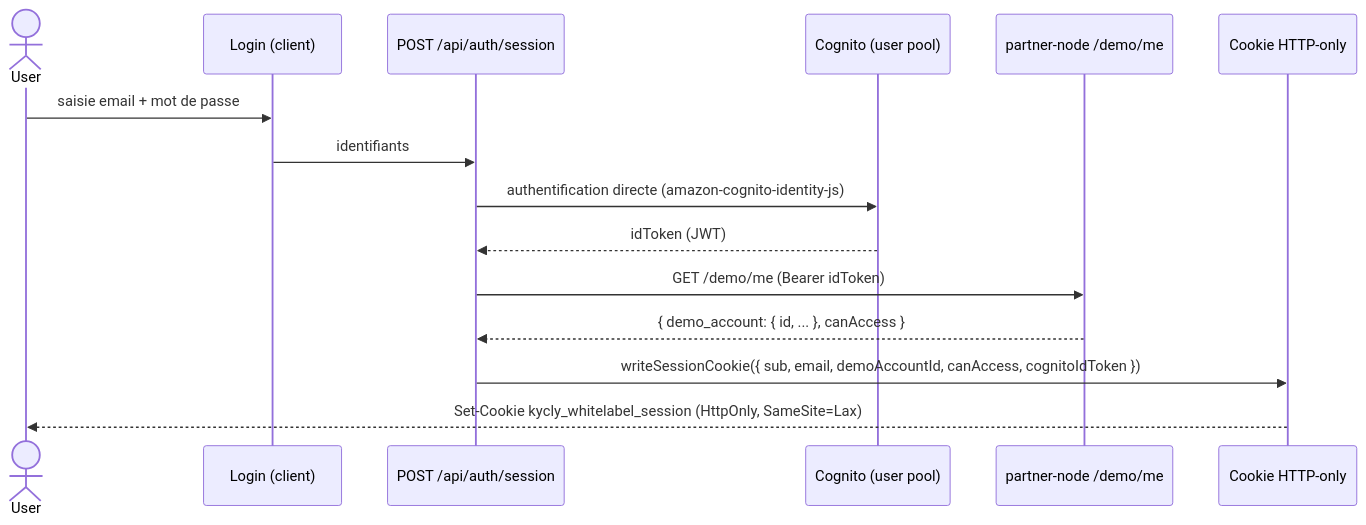
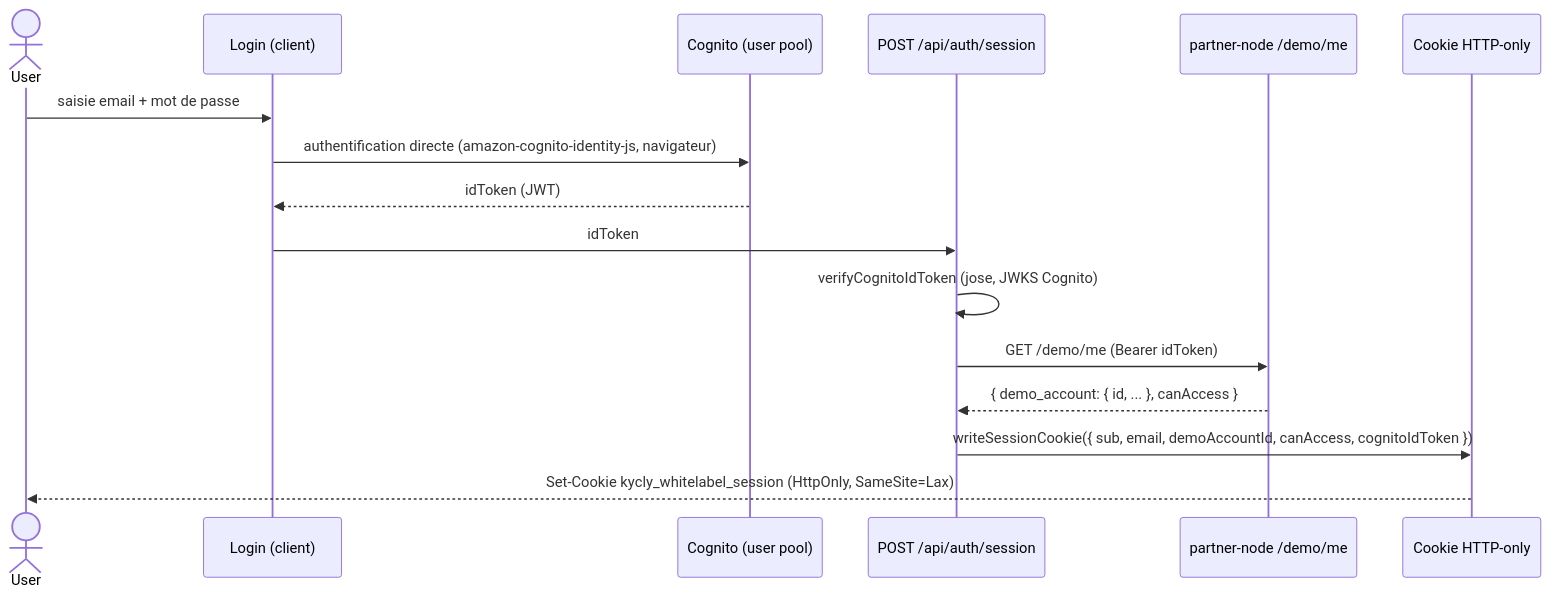
One commit to kycly/whitelabel-vercel changed the diagram in docs/architecture/data-flows/direct-cognito-auth.md. Above: the diagram before and after it, drawn with Mermaid. The commit also changed other lines of this file and 31 other files, not shown here.

````diff
--- a/docs/architecture/data-flows/direct-cognito-auth.md
+++ b/docs/architecture/data-flows/direct-cognito-auth.md
@@ -21,18 +24,19 @@
 ```mermaid
 sequenceDiagram
     actor User
     participant UI as Login (client)
+    participant COG as Cognito (user pool)
     participant API as POST /api/auth/session
-    participant COG as Cognito (user pool)
     participant ME as partner-node /demo/me
     participant CK as Cookie HTTP-only
 
     User->>UI: saisie email + mot de passe
-    UI->>API: identifiants
-    API->>COG: authentification directe (amazon-cognito-identity-js)
-    COG-->>API: idToken (JWT)
+    UI->>COG: authentification directe (amazon-cognito-identity-js, navigateur)
+    COG-->>UI: idToken (JWT)
+    UI->>API: idToken
+    API->>API: verifyCognitoIdToken (jose, JWKS Cognito)
     API->>ME: GET /demo/me (Bearer idToken)
     ME-->>API: { demo_account: { id, ... }, canAccess }
     API->>CK: writeSessionCookie({ sub, email, demoAccountId, canAccess, cognitoIdToken })
     CK-->>User: Set-Cookie kycly_whitelabel_session (HttpOnly, SameSite=Lax)
 ```
````
